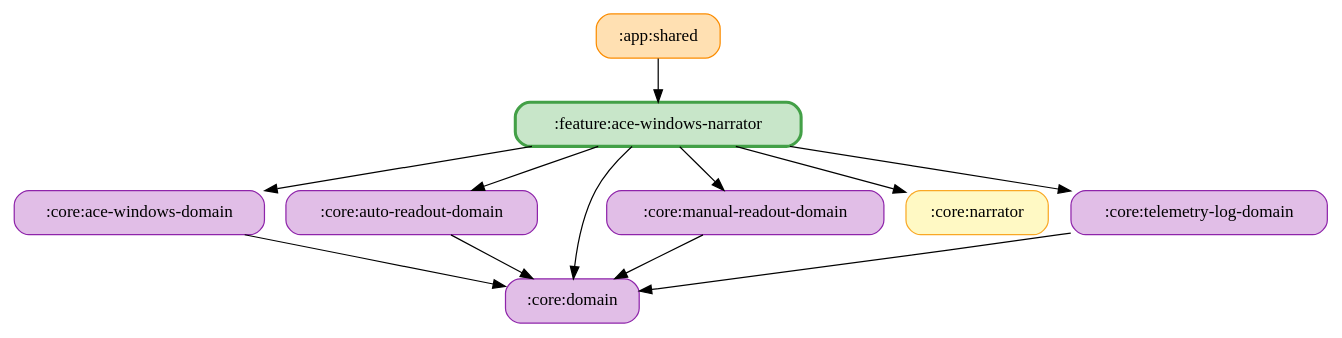
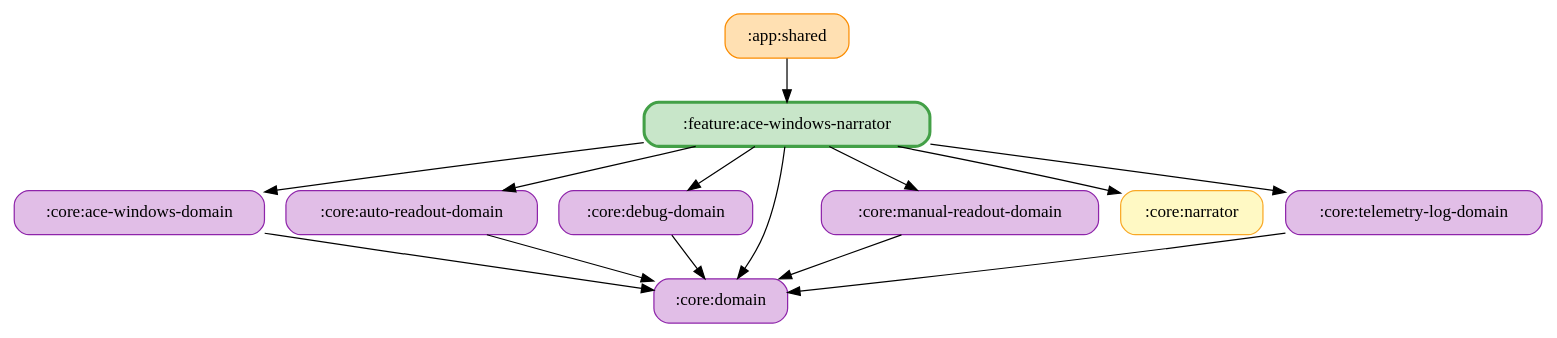
Before and after one commit to ai-kurou/KoDriver: the diagram in docs/graphs/feature-ace-windows-narrator.gv, drawn with Graphviz. The commit also changed 31 other files, not shown here.

Commit message:
chore: update module graph images

```diff
--- a/docs/graphs/feature-ace-windows-narrator.gv
+++ b/docs/graphs/feature-ace-windows-narrator.gv
@@ -1,23 +1,26 @@
 digraph G {
   rankdir=TB
   node [shape=box, style="rounded,filled"]
   ":app:shared" [fillcolor="#FFE0B2", color="#FB8C00", penwidth=1]
   ":core:ace-windows-domain" [fillcolor="#E1BEE7", color="#8E24AA", penwidth=1]
   ":core:auto-readout-domain" [fillcolor="#E1BEE7", color="#8E24AA", penwidth=1]
+  ":core:debug-domain" [fillcolor="#E1BEE7", color="#8E24AA", penwidth=1]
   ":core:domain" [fillcolor="#E1BEE7", color="#8E24AA", penwidth=1]
   ":core:manual-readout-domain" [fillcolor="#E1BEE7", color="#8E24AA", penwidth=1]
   ":core:narrator" [fillcolor="#FFF9C4", color="#F9A825", penwidth=1]
   ":core:telemetry-log-domain" [fillcolor="#E1BEE7", color="#8E24AA", penwidth=1]
   ":feature:ace-windows-narrator" [fillcolor="#C8E6C9", color="#43A047", penwidth=2.5]
   ":app:shared" -> ":feature:ace-windows-narrator"
   ":core:ace-windows-domain" -> ":core:domain"
   ":core:auto-readout-domain" -> ":core:domain"
+  ":core:debug-domain" -> ":core:domain"
   ":core:manual-readout-domain" -> ":core:domain"
   ":core:telemetry-log-domain" -> ":core:domain"
   ":feature:ace-windows-narrator" -> ":core:domain"
   ":feature:ace-windows-narrator" -> ":core:auto-readout-domain"
   ":feature:ace-windows-narrator" -> ":core:telemetry-log-domain"
   ":feature:ace-windows-narrator" -> ":core:ace-windows-domain"
+  ":feature:ace-windows-narrator" -> ":core:debug-domain"
   ":feature:ace-windows-narrator" -> ":core:manual-readout-domain"
   ":feature:ace-windows-narrator" -> ":core:narrator"
 }
```
